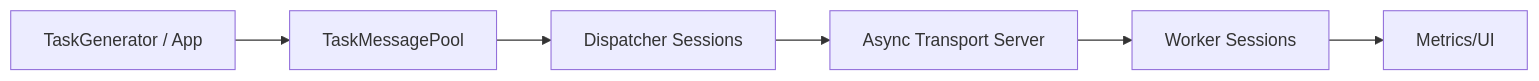
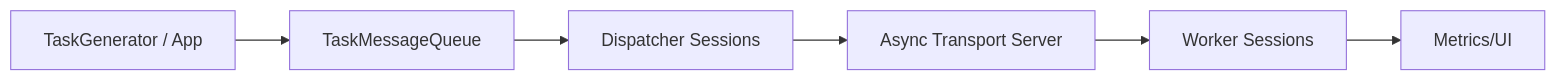
Before and after one commit to ilya-yusim/task-messenger: the diagram in docs/TaskMessenger.md, drawn with Mermaid. The commit also changed other lines of this file and 24 other files, not shown here.

First line of the commit message:
Refactor TaskMessagePool to TaskMessageQueue across the dispatcher and messaging modules

````diff
--- a/docs/TaskMessenger.md
+++ b/docs/TaskMessenger.md
@@ -24,8 +24,8 @@
 ```mermaid
 graph LR
-    TG[TaskGenerator / App] --> Pool[TaskMessagePool]
+    TG[TaskGenerator / App] --> Pool[TaskMessageQueue]
     Pool --> Dispatcher[Dispatcher Sessions]
     Dispatcher --> Net[Async Transport Server]
     Net --> Workers[Worker Sessions]
     Workers --> Metrics[Metrics/UI]
 ```
````
